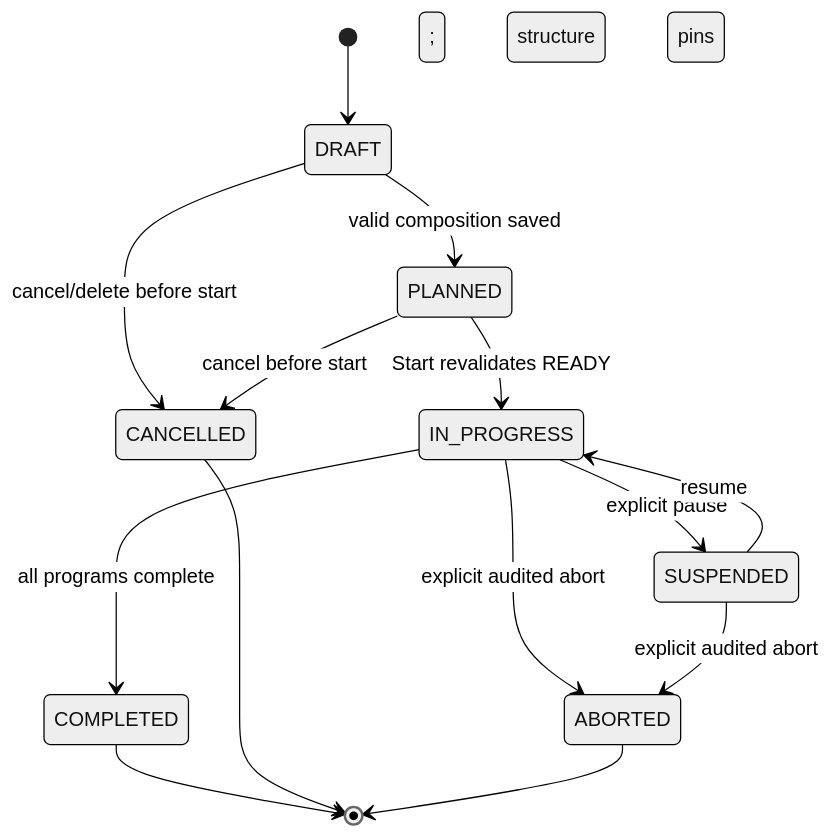
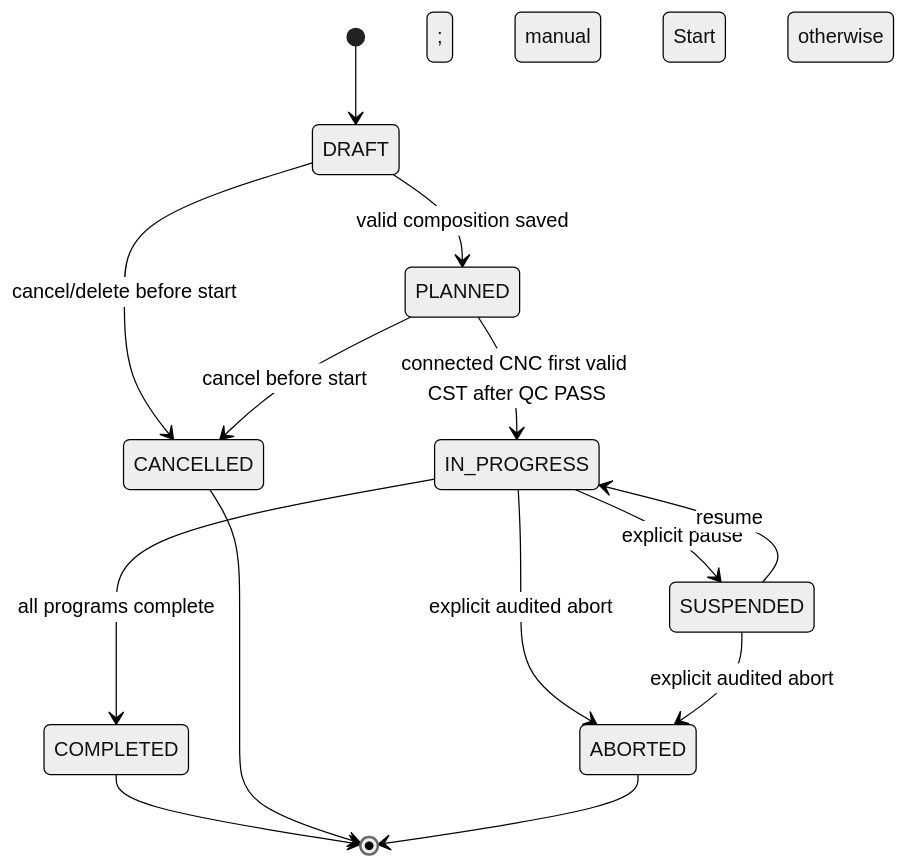
Before and after one commit to Mihavin/Meimad-ProductionPlanner: the second of 2 diagrams in docs/production-run-architecture.md, drawn with Mermaid (neutral theme). The commit also changed other lines of this file and 102 other files, not shown here.

````diff
--- a/docs/production-run-architecture.md
+++ b/docs/production-run-architecture.md
@@ -167,16 +167,16 @@
 ```mermaid
 stateDiagram-v2
     [*] --> DRAFT
     DRAFT --> PLANNED: valid composition saved
-    PLANNED --> IN_PROGRESS: Start revalidates READY; structure pins
+    PLANNED --> IN_PROGRESS: connected CNC first valid CST after QC PASS; manual Start otherwise
     IN_PROGRESS --> SUSPENDED: explicit pause
     SUSPENDED --> IN_PROGRESS: resume
     IN_PROGRESS --> COMPLETED: all programs complete
     DRAFT --> CANCELLED: cancel/delete before start
     PLANNED --> CANCELLED: cancel before start
     IN_PROGRESS --> ABORTED: explicit audited abort
     SUSPENDED --> ABORTED: explicit audited abort
     COMPLETED --> [*]
     CANCELLED --> [*]
     ABORTED --> [*]
 ```
````
